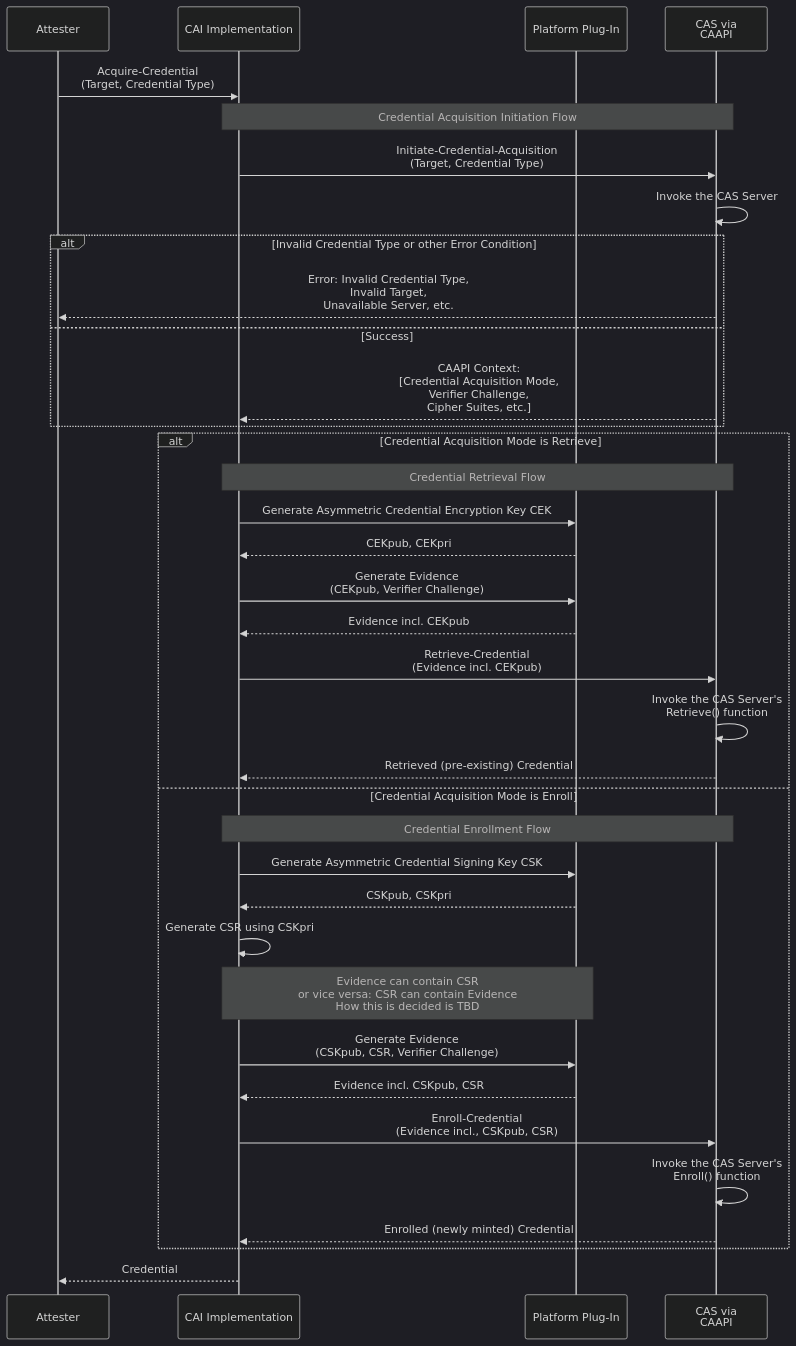
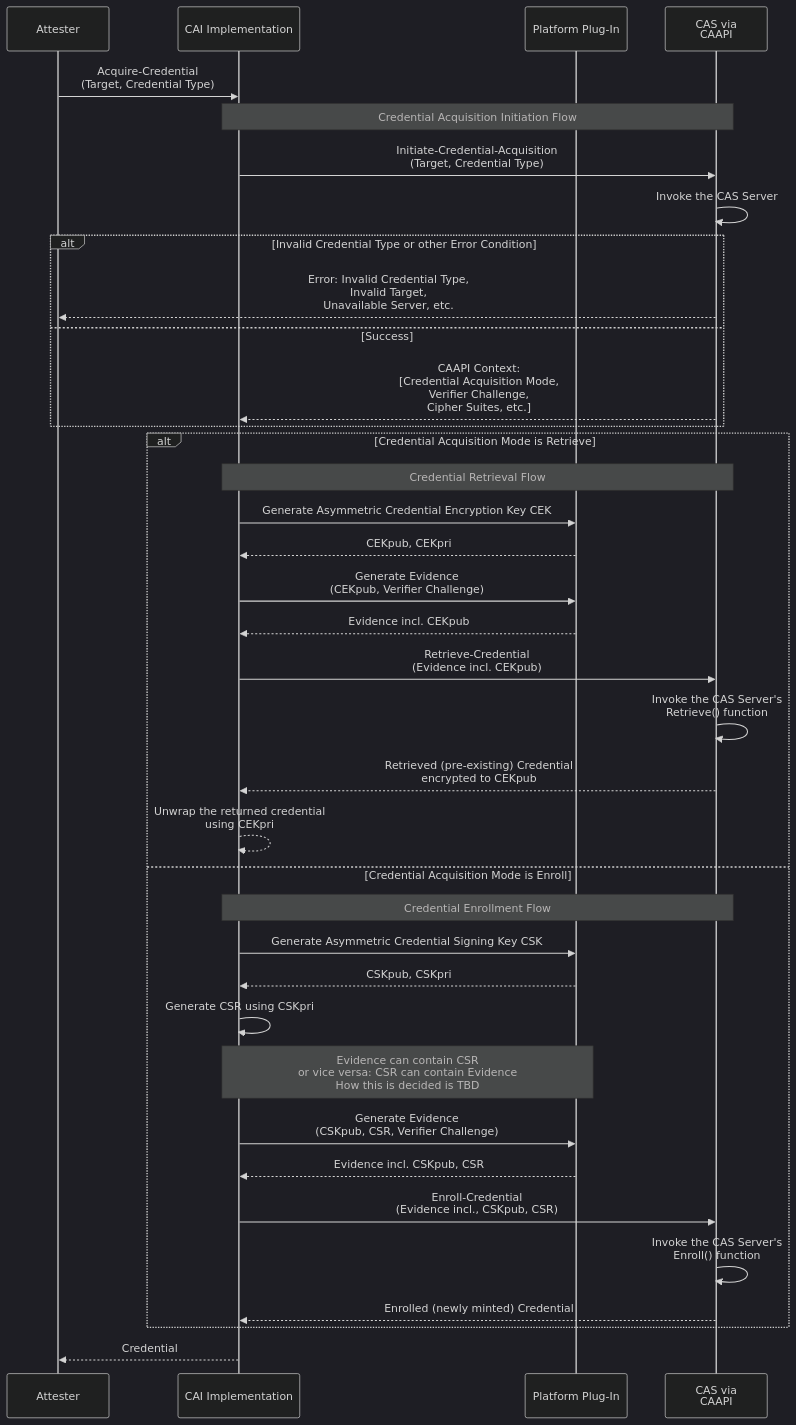
One commit to TWI-Unified-Model/tacra changed the diagram in caicli/acquire.mmd. Above: the diagram before and after it, drawn with Mermaid (dark theme).

Commit message:
Added bearer token response decryption

```diff
--- a/caicli/acquire.mmd
+++ b/caicli/acquire.mmd
@@ -1,38 +1,39 @@
 %% Acquire-Credential API
 sequenceDiagram
     participant A as Attester
     participant CAI as CAI Implementation
     participant PL as Platform Plug-In
     participant CAS as CAS via<br/>CAAPI
 
     A->>CAI: Acquire-Credential<br/>(Target, Credential Type)
     note over CAI, CAS: Credential Acquisition Initiation Flow
     CAI->>CAS: Initiate-Credential-Acquisition<br/>(Target, Credential Type)
     CAS->>CAS: Invoke the CAS Server
     alt Invalid Credential Type or other Error Condition
         CAS-->>A: Error: Invalid Credential Type,<br/>Invalid Target,<br/>Unavailable Server, etc.
     else Success
         CAS-->>CAI: CAAPI Context:<br/>[Credential Acquisition Mode,<br/>Verifier Challenge,<br/>Cipher Suites, etc.]
     end
     alt Credential Acquisition Mode is Retrieve
         note over CAI, CAS: Credential Retrieval Flow
         CAI->>PL: Generate Asymmetric Credential Encryption Key CEK
         PL-->>CAI: CEKpub, CEKpri
         CAI->>PL: Generate Evidence<br/>(CEKpub, Verifier Challenge)
         PL-->>CAI: Evidence incl. CEKpub
         CAI->>CAS: Retrieve-Credential<br/>(Evidence incl. CEKpub)
         CAS->>CAS: Invoke the CAS Server's<br/>Retrieve() function
-        CAS-->>CAI: Retrieved (pre-existing) Credential
+        CAS-->>CAI: Retrieved (pre-existing) Credential<br/>encrypted to CEKpub
+        CAI-->>CAI: Unwrap the returned credential<br/>using CEKpri
     else Credential Acquisition Mode is Enroll
         note over CAI, CAS: Credential Enrollment Flow
         CAI->>PL: Generate Asymmetric Credential Signing Key CSK
         PL-->>CAI: CSKpub, CSKpri
         CAI->>CAI: Generate CSR using CSKpri
         note over CAI, PL: Evidence can contain CSR<br/>or vice versa: CSR can contain Evidence<br/>How this is decided is TBD
         CAI->>PL: Generate Evidence<br/>(CSKpub, CSR, Verifier Challenge)
         PL-->>CAI: Evidence incl. CSKpub, CSR
         CAI->>CAS: Enroll-Credential<br/>(Evidence incl., CSKpub, CSR)
         CAS->>CAS: Invoke the CAS Server's<br/>Enroll() function
         CAS-->>CAI: Enrolled (newly minted) Credential
     end
     CAI-->>A: Credential
```
